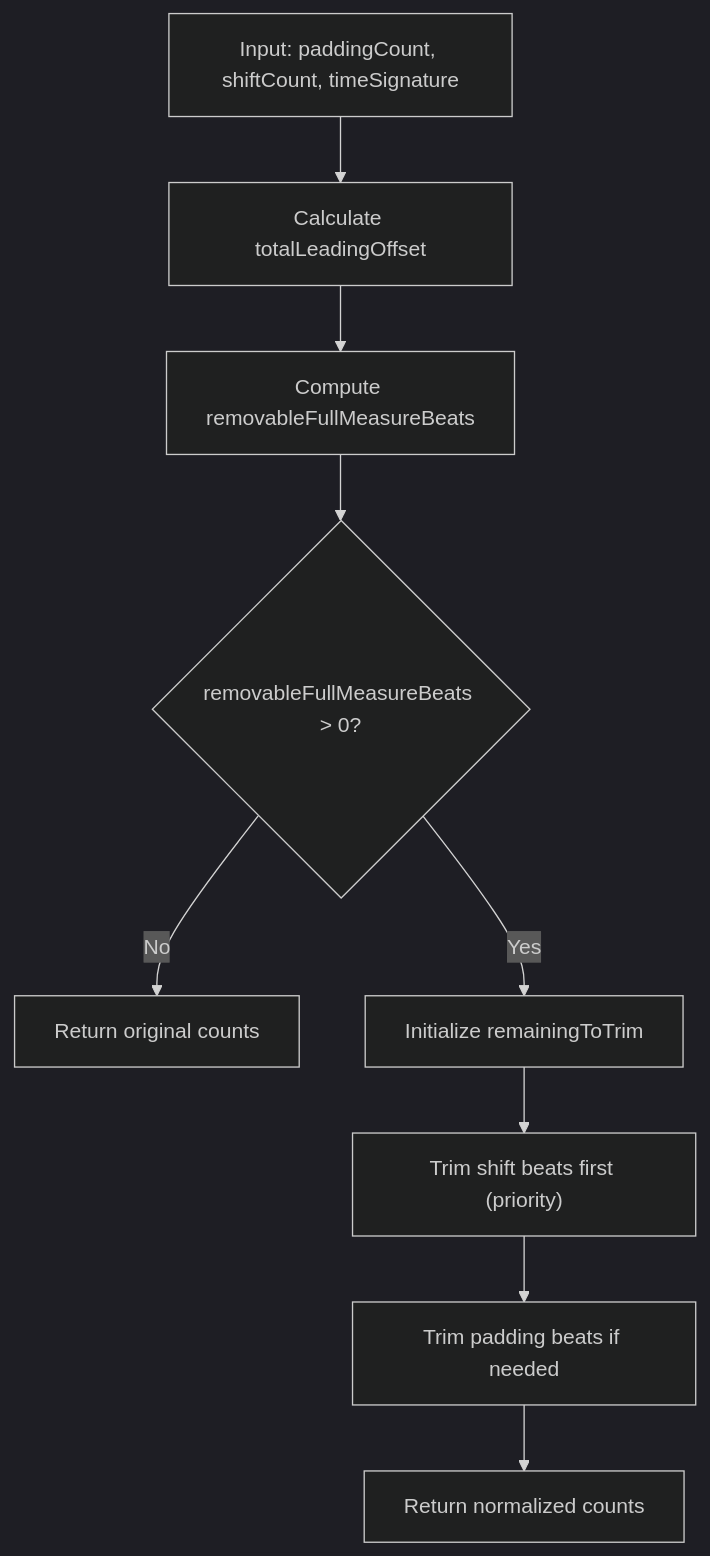
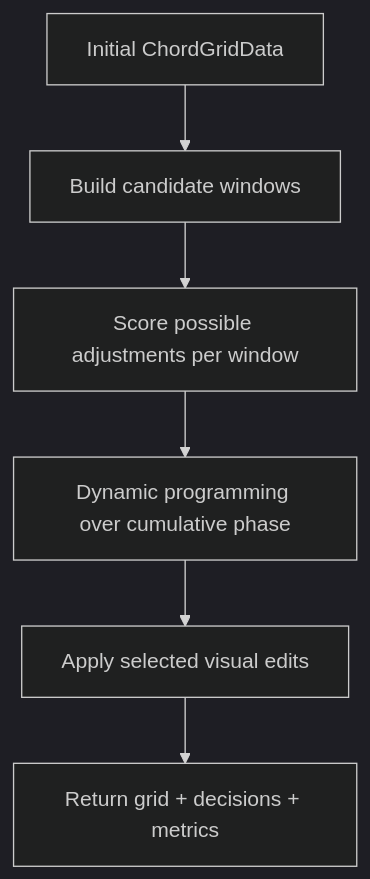
One commit to ptnghia-j/ChordMiniApp changed the third of 3 diagrams in .qoder/repowiki/en/content/Frontend Application/API Integration and Service Layer/Chord Analysis Service.md. Above: the diagram before and after it, drawn with Mermaid (dark theme). The commit also changed other lines of this file and 18 other files, not shown here.

Commit message:
migrated to dynamic-programming optimizer for beat alignment

````diff
--- a/.qoder/repowiki/en/content/Frontend Application/API Integration and Service Layer/Chord Analysis Service.md
+++ b/.qoder/repowiki/en/content/Frontend Application/API Integration and Service Layer/Chord Analysis Service.md
@@ -306,11 +97,8 @@
 ```mermaid
 flowchart TD
-A["Input: paddingCount, shiftCount, timeSignature"] --> B["Calculate totalLeadingOffset"]
-B --> C["Compute removableFullMeasureBeats"]
-C --> D{"removableFullMeasureBeats > 0?"}
-D --> |No| E["Return original counts"]
-D --> |Yes| F["Initialize remainingToTrim"]
-F --> G["Trim shift beats first (priority)"]
-G --> H["Trim padding beats if needed"]
-H --> I["Return normalized counts"]
+A["Initial ChordGridData"] --> B["Build candidate windows"]
+B --> C["Score possible adjustments per window"]
+C --> D["Dynamic programming over cumulative phase"]
+D --> E["Apply selected visual edits"]
+E --> F["Return grid + decisions + metrics"]
 ```
````
